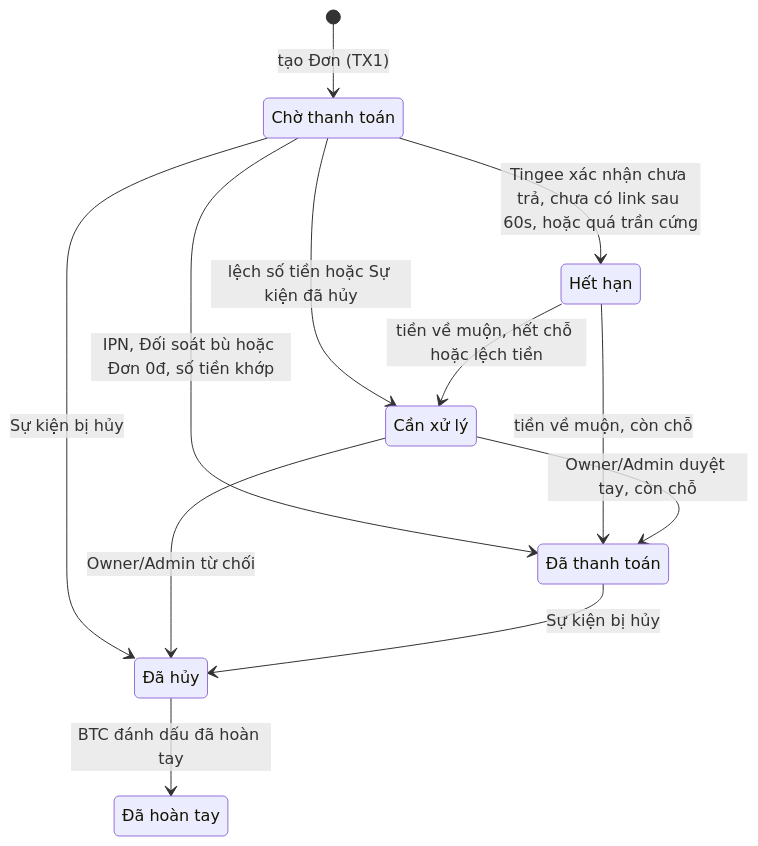
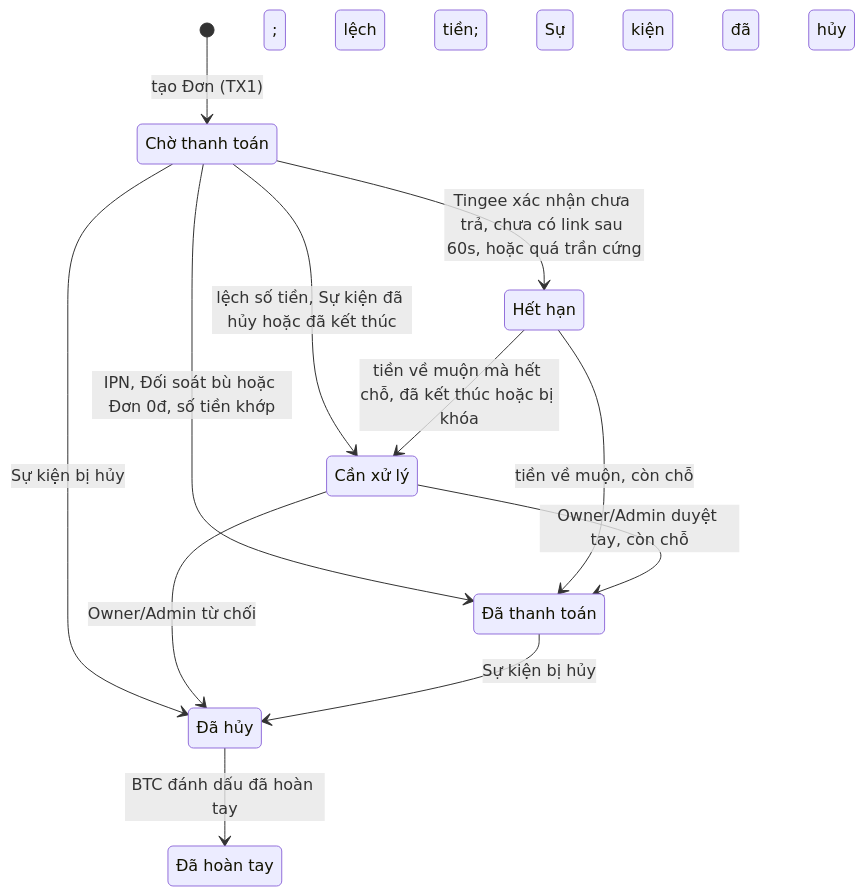
Before and after one commit to masonnguyen1243/tickee: the second of 4 diagrams in _bmad-output/planning-artifacts/architecture/architecture-tickee-2026-10-28/ARCHITECTURE-SPINE.md, drawn with Mermaid. The commit also changed other lines of this file and 24 other files, not shown here.

````diff
--- a/_bmad-output/planning-artifacts/architecture/architecture-tickee-2026-10-28/ARCHITECTURE-SPINE.md
+++ b/_bmad-output/planning-artifacts/architecture/architecture-tickee-2026-10-28/ARCHITECTURE-SPINE.md
@@ -107,20 +108,20 @@
 ```mermaid
 stateDiagram-v2
   state "Chờ thanh toán" as pending
   state "Đã thanh toán" as paid
   state "Hết hạn" as expired
   state "Cần xử lý" as review
   state "Đã hủy" as cancelled
   state "Đã hoàn tay" as refunded
   [*] --> pending: tạo Đơn (TX1)
   pending --> paid: IPN, Đối soát bù hoặc Đơn 0đ, số tiền khớp
-  pending --> review: lệch số tiền hoặc Sự kiện đã hủy
+  pending --> review: lệch số tiền, Sự kiện đã hủy hoặc đã kết thúc
   pending --> expired: Tingee xác nhận chưa trả, chưa có link sau 60s, hoặc quá trần cứng
   pending --> cancelled: Sự kiện bị hủy
   expired --> paid: tiền về muộn, còn chỗ
-  expired --> review: tiền về muộn, hết chỗ hoặc lệch tiền
+  expired --> review: tiền về muộn mà hết chỗ, đã kết thúc hoặc bị khóa; lệch tiền; Sự kiện đã hủy
   review --> paid: Owner/Admin duyệt tay, còn chỗ
   review --> cancelled: Owner/Admin từ chối
   paid --> cancelled: Sự kiện bị hủy
   cancelled --> refunded: BTC đánh dấu đã hoàn tay
 ```
````
